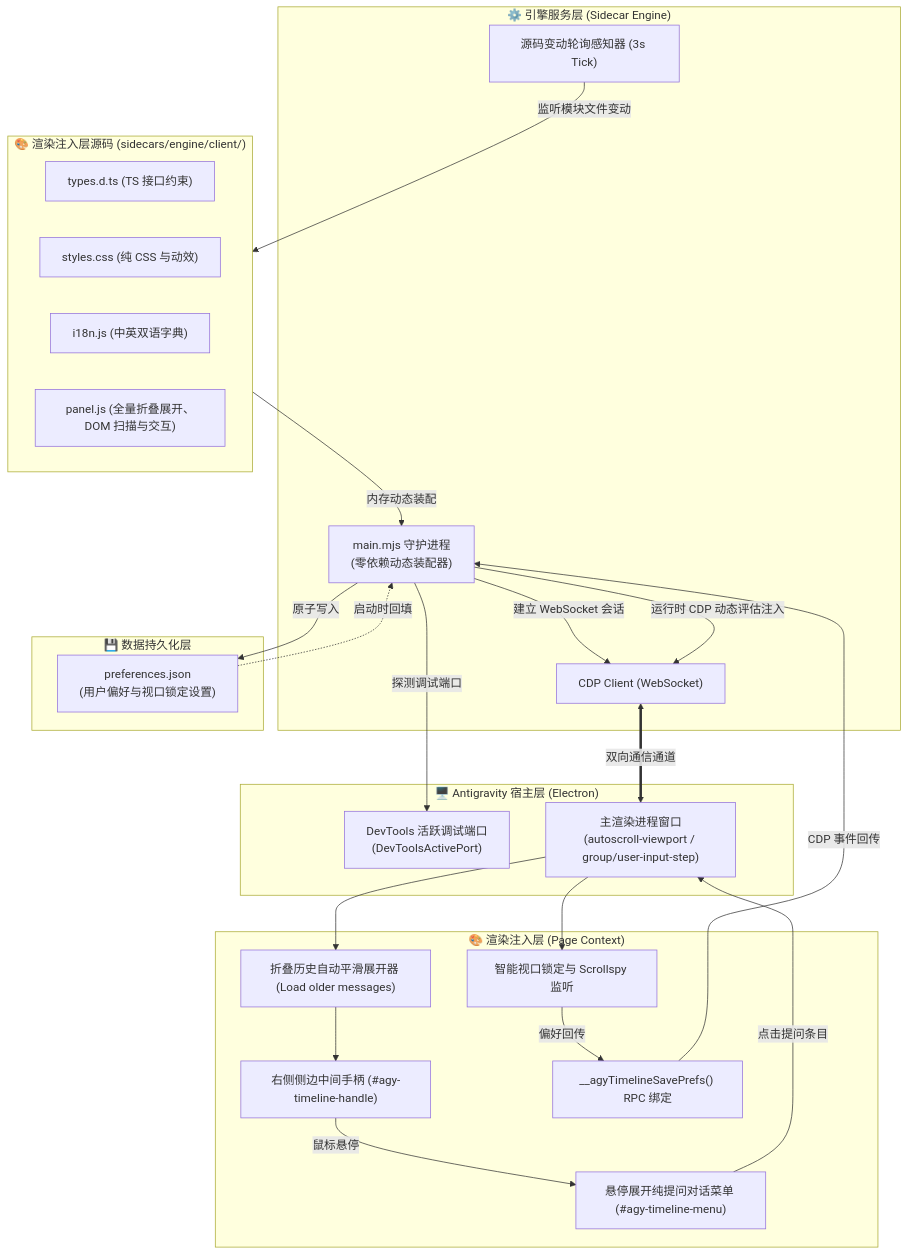
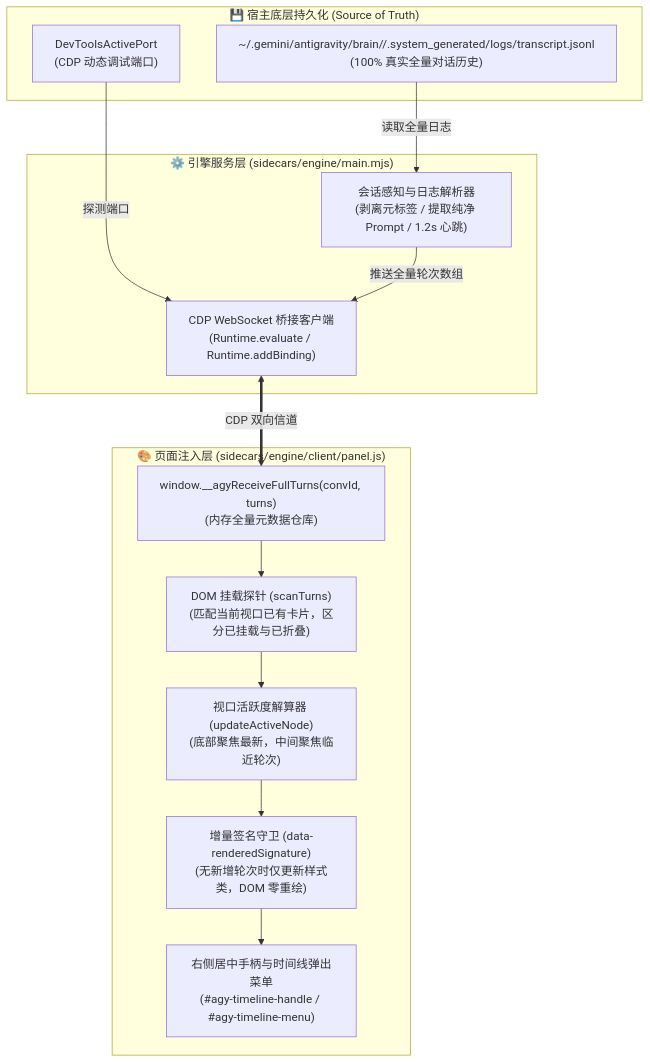
Before and after one commit to moumouye/antigravity-timeline: the diagram in ARCHITECTURE.md, drawn with Mermaid. The commit also changed other lines of this file and 3 other files, not shown here.

First line of the commit message:
📝 docs(architecture): establish AI-native operational charter and single-truth architecture

````diff
--- a/ARCHITECTURE.md
+++ b/ARCHITECTURE.md
@@ -11,50 +31,29 @@
 ```mermaid
 flowchart TB
-    subgraph Host ["🖥️ Antigravity 宿主层 (Electron)"]
-        DevTools["DevTools 活跃调试端口<br/>(DevToolsActivePort)"]
-        Renderer["主渲染进程窗口<br/>(autoscroll-viewport / group/user-input-step)"]
+    subgraph HostFS ["💾 宿主底层持久化 (Source of Truth)"]
+        Transcript["~/.gemini/antigravity/brain/<conv-id>/.system_generated/logs/transcript.jsonl<br/>(100% 真实全量对话历史)"]
+        DevToolsPort["DevToolsActivePort<br/>(CDP 动态调试端口)"]
     end
 
-    subgraph Sidecar ["⚙️ 引擎服务层 (Sidecar Engine)"]
-        Main["main.mjs 守护进程<br/>(零依赖动态装配器)"]
-        CDP["CDP Client (WebSocket)"]
-        Watcher["源码变动轮询感知器 (3s Tick)"]
+    subgraph SidecarEngine ["⚙️ 引擎服务层 (sidecars/engine/main.mjs)"]
+        Scanner["会话感知与日志解析器<br/>(剥离元标签 / 提取纯净 Prompt / 1.2s 心跳)"]
+        CdpHost["CDP WebSocket 桥接客户端<br/>(Runtime.evaluate / Runtime.addBinding)"]
     end
 
-    subgraph Client ["🎨 渲染注入层源码 (sidecars/engine/client/)"]
-        Types["types.d.ts (TS 接口约束)"]
-        Styles["styles.css (纯 CSS 与动效)"]
-        I18n["i18n.js (中英双语字典)"]
-        Panel["panel.js (全量折叠展开、DOM 扫描与交互)"]
+    subgraph InjectedClient ["🎨 页面注入层 (sidecars/engine/client/panel.js)"]
+        Receiver["window.__agyReceiveFullTurns(convId, turns)<br/>(内存全量元数据仓库)"]
+        DOMReconcile["DOM 挂载探针 (scanTurns)<br/>(匹配当前视口已有卡片，区分已挂载与已折叠)"]
+        ActiveSpy["视口活跃度解算器 (updateActiveNode)<br/>(底部聚焦最新，中间聚焦临近轮次)"]
+        RenderGuard["增量签名守卫 (data-renderedSignature)<br/>(无新增轮次时仅更新样式类，DOM 零重绘)"]
+        UIEntry["右侧居中手柄与时间线弹出菜单<br/>(#agy-timeline-handle / #agy-timeline-menu)"]
     end
 
-    subgraph Injected ["🎨 渲染注入层 (Page Context)"]
-        AutoExpand["折叠历史自动平滑展开器 (Load older messages)"]
-        Handle["右侧侧边中间手柄 (#agy-timeline-handle)"]
-        Menu["悬停展开纯提问对话菜单 (#agy-timeline-menu)"]
-        ScrollController["智能视口锁定与 Scrollspy 监听"]
-        Binding["__agyTimelineSavePrefs() RPC 绑定"]
-    end
-
-    subgraph Storage ["💾 数据持久化层"]
-        Prefs["preferences.json<br/>(用户偏好与视口锁定设置)"]
-    end
-
-    Main -->|探测调试端口| DevTools
-    Main -->|建立 WebSocket 会话| CDP
-    CDP <==>|双向通信通道| Renderer
-
-    Watcher -->|监听模块文件变动| Client
-    Client -->|内存动态装配| Main
-    Main -->|运行时 CDP 动态评估注入| CDP
-
-    Renderer --> AutoExpand
-    AutoExpand --> Handle
-    Handle -->|鼠标悬停| Menu
-    Menu -->|点击提问条目| Renderer
-    Renderer --> ScrollController
-    ScrollController -->|偏好回传| Binding
-    Binding -->|CDP 事件回传| Main
-    Main -->|原子写入| Prefs
-    Prefs -.->|启动时回填| Main
+    DevToolsPort -->|探测端口| CdpHost
+    CdpHost <==>|CDP 双向信道| Receiver
+    Transcript -->|读取全量日志| Scanner
+    Scanner -->|推送全量轮次数组| CdpHost
+    Receiver --> DOMReconcile
+    DOMReconcile --> ActiveSpy
+    ActiveSpy --> RenderGuard
+    RenderGuard --> UIEntry
 ```
````
